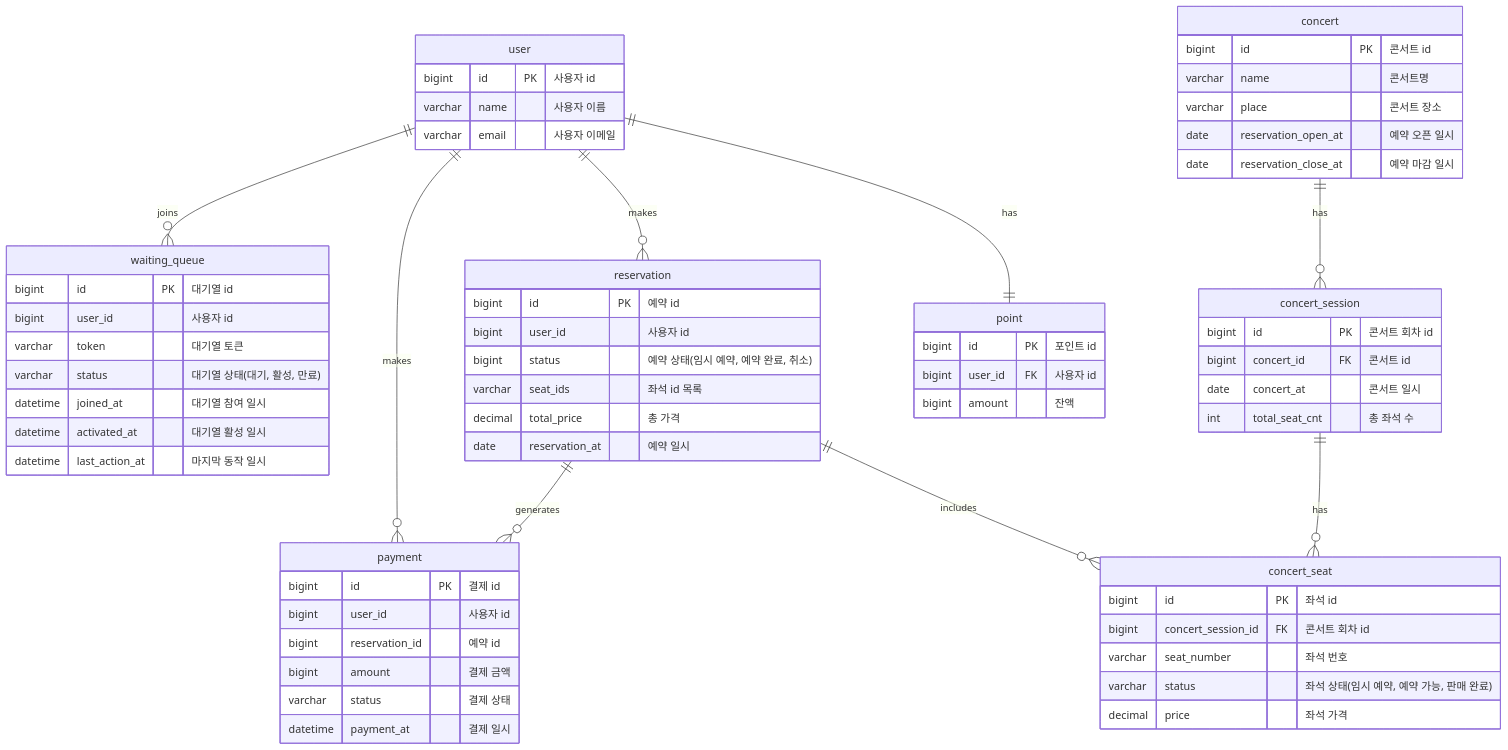
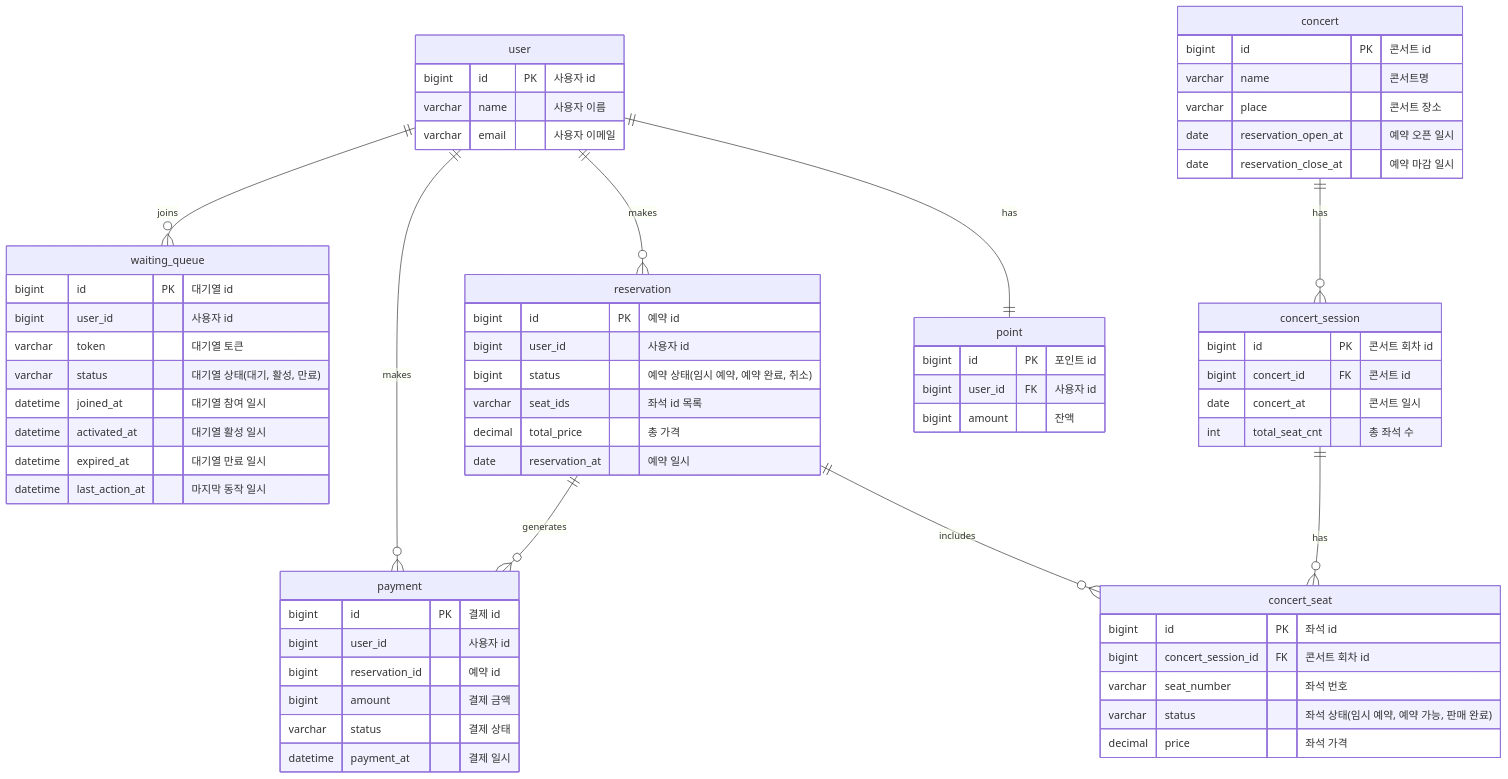
One commit to rueun/hhplus-concert-reservation changed the diagram in docs/ERD.md. Above: the diagram before and after it, drawn with Mermaid.

Commit message:
docs: erd 수정

````diff
--- a/docs/ERD.md
+++ b/docs/ERD.md
@@ -1,79 +1,80 @@
 ```mermaid
 erDiagram
     user {
         bigint id PK "사용자 id"
         varchar name "사용자 이름"
         varchar email "사용자 이메일"
     }
 
     point {
         bigint id PK "포인트 id"
         bigint user_id FK "사용자 id"
         bigint amount "잔액"
     }
 
     waiting_queue {
         bigint id PK "대기열 id"
         bigint user_id "사용자 id"
         varchar token "대기열 토큰"
         varchar status "대기열 상태(대기, 활성, 만료)"
         datetime joined_at "대기열 참여 일시"
         datetime activated_at "대기열 활성 일시"
-        datetime last_action_at "마지막 동작 일시 "
+        datetime expired_at "대기열 만료 일시"
+        datetime last_action_at "마지막 동작 일시"
     }
 
     concert {
         bigint id PK "콘서트 id"
         varchar name "콘서트명"
         varchar place "콘서트 장소"
         date reservation_open_at "예약 오픈 일시"
         date reservation_close_at "예약 마감 일시"
     }
 
     concert_session {
         bigint id PK "콘서트 회차 id"
         bigint concert_id FK "콘서트 id"
         date concert_at "콘서트 일시"
         int total_seat_cnt "총 좌석 수"
     }
 
     concert_seat {
         bigint id PK "좌석 id"
         bigint concert_session_id FK "콘서트 회차 id"
         varchar seat_number "좌석 번호"
         varchar status "좌석 상태(임시 예약, 예약 가능, 판매 완료)"
         decimal price "좌석 가격"
     }
 
     reservation {
         bigint id PK "예약 id"
         bigint user_id "사용자 id"
         bigint status "예약 상태(임시 예약, 예약 완료, 취소)"
         varchar seat_ids "좌석 id 목록"
         decimal total_price "총 가격"    
         date reservation_at "예약 일시"
     }
 
     payment {
         bigint id PK "결제 id"
         bigint user_id "사용자 id"
         bigint reservation_id "예약 id"
         bigint amount "결제 금액"
         varchar status "결제 상태"
         datetime payment_at "결제 일시"
     }
 
 
 %% 관계 정의
 user ||--|| point: "has"
 user ||--o{ reservation: "makes"
 user ||--o{ payment: "makes"
 user ||--o{ waiting_queue: "joins"
 
 concert ||--o{ concert_session: "has"
 
 concert_session ||--o{ concert_seat: "has"
 
 reservation ||--o{ concert_seat: "includes"
 reservation ||--o{ payment: "generates"
 ```
````
